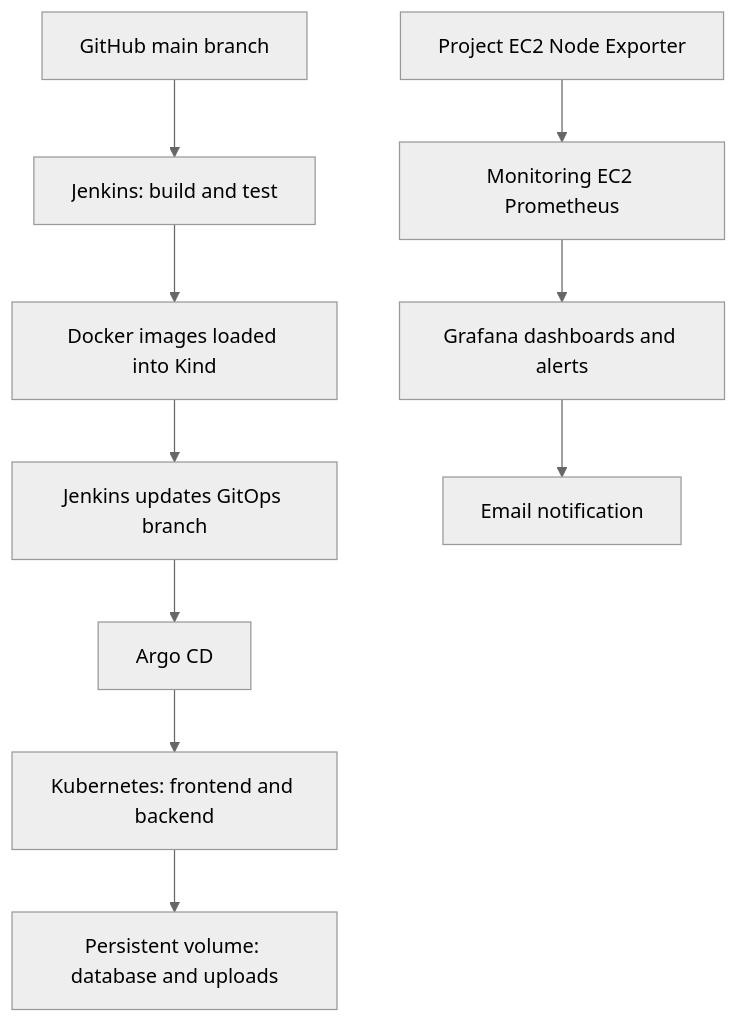
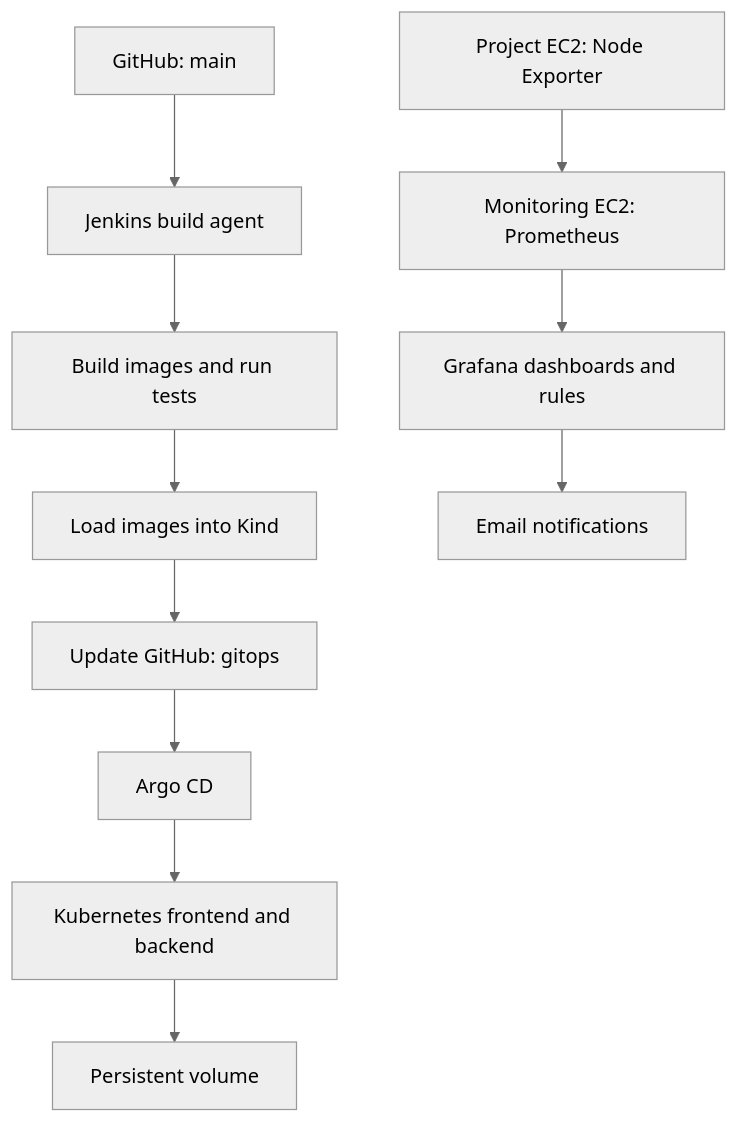
Before and after one commit to Aadi12351/distributed-file-storage: the diagram in README.md, drawn with Mermaid (neutral theme). The commit also changed other lines of this file, not shown here.

````diff
--- a/README.md
+++ b/README.md
@@ -18,13 +57,14 @@
 ```mermaid
 flowchart TD
-    A["GitHub main branch"] --> B["Jenkins: build and test"]
-    B --> C["Docker images loaded into Kind"]
-    C --> D["Jenkins updates GitOps branch"]
-    D --> E["Argo CD"]
-    E --> F["Kubernetes: frontend and backend"]
-    F --> G["Persistent volume: database and uploads"]
+    Git["GitHub: main"] --> Jenkins["Jenkins build agent"]
+    Jenkins --> Tests["Build images and run tests"]
+    Tests --> Images["Load images into Kind"]
+    Images --> GitOps["Update GitHub: gitops"]
+    GitOps --> Argo["Argo CD"]
+    Argo --> App["Kubernetes frontend and backend"]
+    App --> Storage["Persistent volume"]
 
-    H["Project EC2 Node Exporter"] --> I["Monitoring EC2 Prometheus"]
-    I --> J["Grafana dashboards and alerts"]
-    J --> K["Email notification"]
+    Exporter["Project EC2: Node Exporter"] --> Prometheus["Monitoring EC2: Prometheus"]
+    Prometheus --> Grafana["Grafana dashboards and rules"]
+    Grafana --> Email["Email notifications"]
 ```
````
